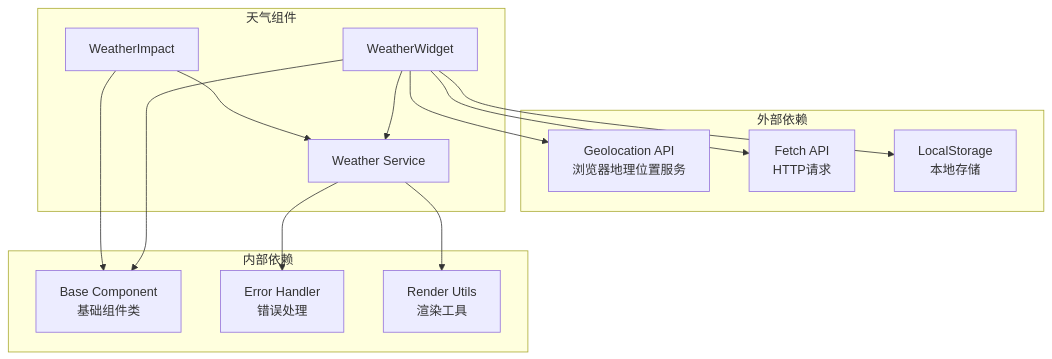
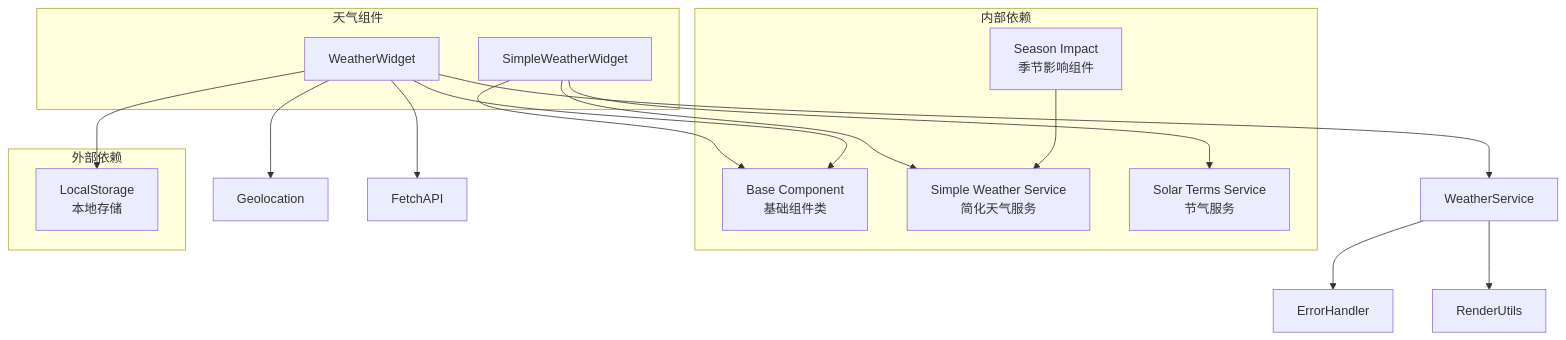
The sixth of 7 diagrams in .qoder/repowiki/zh/content/用户界面组件/天气组件.md (jeankeim/wuxing-fashion), drawn with Mermaid before and after one commit. The commit also changed other lines of this file and 27 other files, not shown here.

````diff
--- a/.qoder/repowiki/zh/content/用户界面组件/天气组件.md
+++ b/.qoder/repowiki/zh/content/用户界面组件/天气组件.md
@@ -311,27 +345,27 @@
 ```mermaid
 graph TB
+subgraph "内部依赖"
+BaseComponent["Base Component<br/>基础组件类"]
+SimpleWeatherService["Simple Weather Service<br/>简化天气服务"]
+SolarTermsService["Solar Terms Service<br/>节气服务"]
+SeasonImpact["Season Impact<br/>季节影响组件"]
+end
 subgraph "外部依赖"
-Geolocation["Geolocation API<br/>浏览器地理位置服务"]
-FetchAPI["Fetch API<br/>HTTP请求"]
 LocalStorage["LocalStorage<br/>本地存储"]
 end
-subgraph "内部依赖"
-BaseComponent["Base Component<br/>基础组件类"]
-ErrorHandler["Error Handler<br/>错误处理"]
-RenderUtils["Render Utils<br/>渲染工具"]
+subgraph "天气组件"
+SimpleWeatherWidget["SimpleWeatherWidget"]
+WeatherWidget["WeatherWidget"]
 end
-subgraph "天气组件"
-WeatherWidget["WeatherWidget"]
-WeatherImpact["WeatherImpact"]
-WeatherService["Weather Service"]
-end
+SimpleWeatherWidget --> BaseComponent
+SimpleWeatherWidget --> SimpleWeatherService
+SimpleWeatherWidget --> SolarTermsService
+SeasonImpact --> SimpleWeatherService
 WeatherWidget --> BaseComponent
 WeatherWidget --> WeatherService
 WeatherWidget --> Geolocation
 WeatherWidget --> FetchAPI
 WeatherWidget --> LocalStorage
-WeatherImpact --> BaseComponent
-WeatherImpact --> WeatherService
 WeatherService --> ErrorHandler
 WeatherService --> RenderUtils
 ```
````
